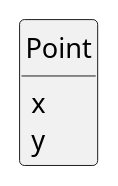
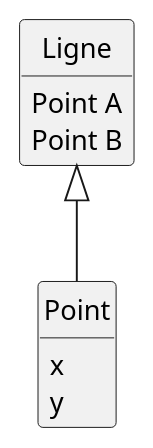
One commit to IUT-Blagnac/bcoo-LordHugo02 changed the diagram in point.plantuml. Above: the diagram before and after it, drawn with PlantUML.

```diff
--- a/point.plantuml
+++ b/point.plantuml
@@ -1,14 +1,19 @@
-@startuml Titre
+@startuml DiagLigne
 '--------------------------------
 ' Parametres pour le dessin
 '--------------------------------
 hide circle
 hide empty members
 hide empty methods
 '--------------------------------
 
-class Point {
+class Ligne{ 
+Point A
+Point B
+}
+class Point extends Ligne {
 x
 y
 }
+
 @enduml
```
